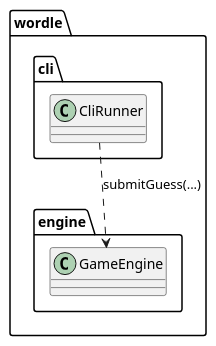
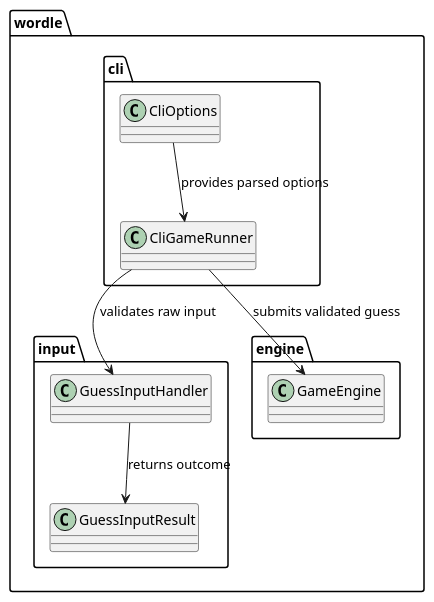
One commit to dpolivaev/spec-loop changed the second of 4 diagrams in examples/wordle/tasks/done/007-add-minimal-ui.md. Above: the diagram before and after it, drawn with PlantUML. The commit also changed other lines of this file and 7 other files, not shown here.

````diff
--- a/examples/wordle/tasks/done/007-add-minimal-ui.md
+++ b/examples/wordle/tasks/done/007-add-minimal-ui.md
@@ -33,13 +75,23 @@
 ```plantuml
 @startuml
-package wordle.cli {
-  class CliRunner
+set separator none
+package "wordle" {
+  package "input" {
+    class GuessInputHandler
+    class GuessInputResult
+  }
+  package "cli" {
+    class CliOptions
+    class CliGameRunner
+  }
+  package "engine" {
+    class GameEngine
+  }
 }
 
-package wordle.engine {
-  class GameEngine
-}
-
-CliRunner ..> GameEngine : submitGuess(...)
+CliOptions --> CliGameRunner : provides parsed options
+CliGameRunner --> GuessInputHandler : validates raw input
+GuessInputHandler --> GuessInputResult : returns outcome
+CliGameRunner --> GameEngine : submits validated guess
 @enduml
 ```
````
